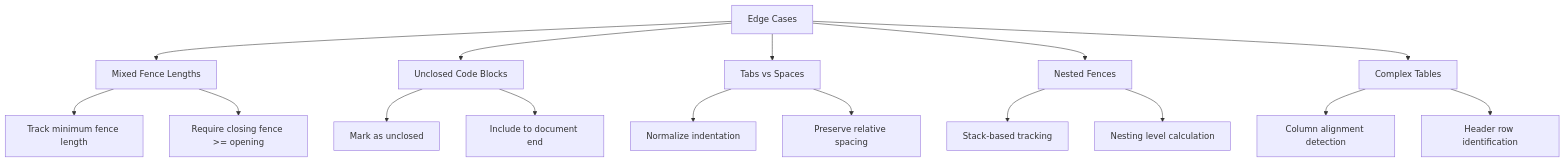
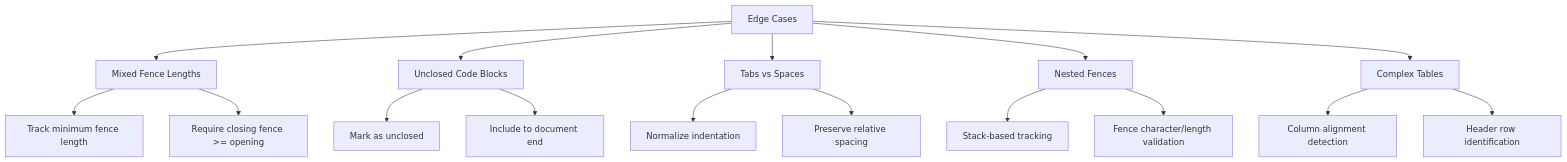
One commit to asukhodko/dify-markdown-chunker changed the sixth of 7 diagrams in .qoder/repowiki/en/content/Core Concepts/Parsing and Content Analysis.md. Above: the diagram before and after it, drawn with Mermaid. The commit also changed other lines of this file and 15 other files, not shown here.

````diff
--- a/.qoder/repowiki/en/content/Core Concepts/Parsing and Content Analysis.md
+++ b/.qoder/repowiki/en/content/Core Concepts/Parsing and Content Analysis.md
@@ -199,18 +213,18 @@
 ```mermaid
 flowchart TD
 A["Edge Cases"] --> B["Mixed Fence Lengths"]
 A --> C["Unclosed Code Blocks"]
 A --> D["Tabs vs Spaces"]
 A --> E["Nested Fences"]
 A --> F["Complex Tables"]
 B --> B1["Track minimum fence length"]
 B --> B2["Require closing fence >= opening"]
 C --> C1["Mark as unclosed"]
 C --> C2["Include to document end"]
 D --> D1["Normalize indentation"]
 D --> D2["Preserve relative spacing"]
 E --> E1["Stack-based tracking"]
-E --> E2["Nesting level calculation"]
+E --> E2["Fence character/length validation"]
 F --> F1["Column alignment detection"]
 F --> F2["Header row identification"]
 ```
````
